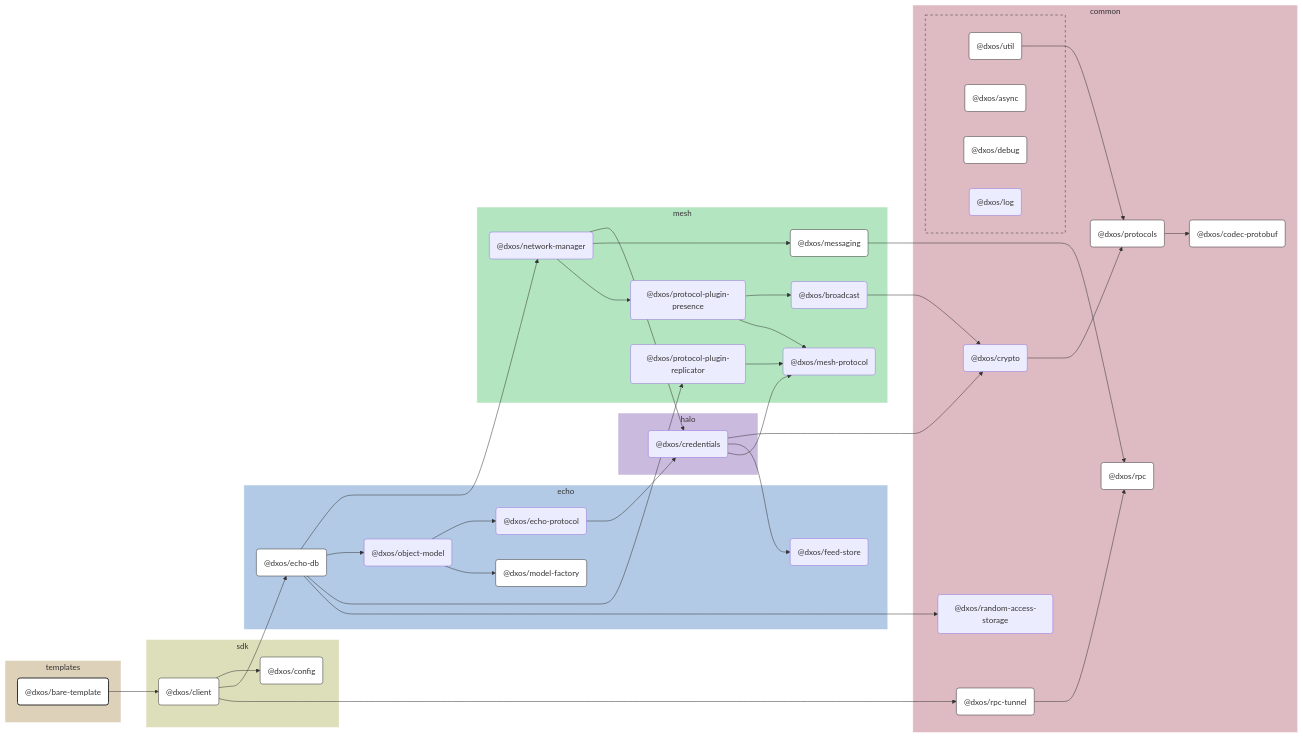
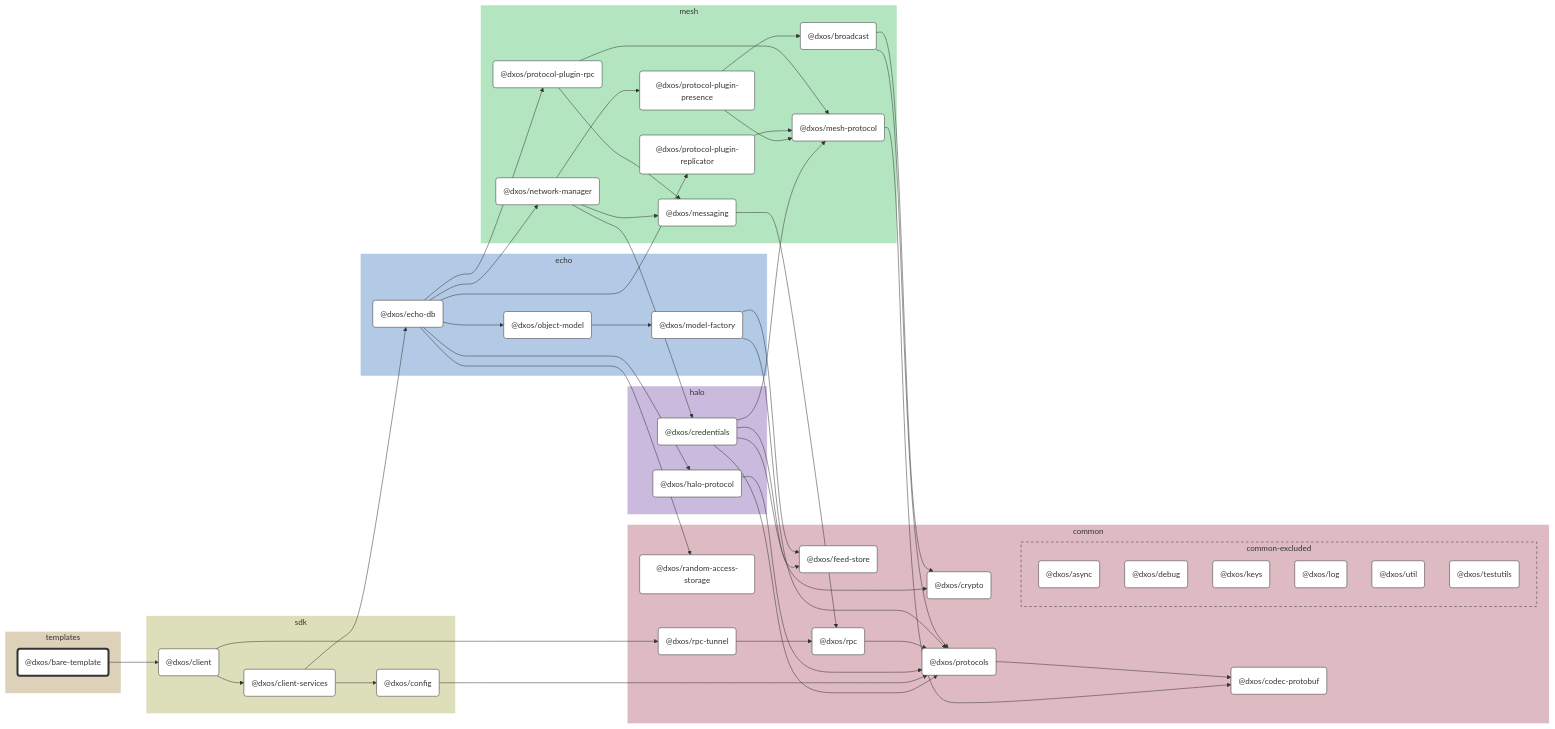
One commit to dxos/dxos changed the diagram in apps/templates/bare/docs/README.md. Above: the diagram before and after it, drawn with Mermaid. The commit also changed other lines of this file and 683 other files, not shown here.

````diff
--- a/apps/templates/bare/docs/README.md
+++ b/apps/templates/bare/docs/README.md
@@ -9,127 +9,133 @@
 
 flowchart LR
 
-%% Links
-dxos/bare-template --> dxos/client;
-dxos/broadcast --> dxos/crypto;
-dxos/client --> dxos/config;
-dxos/client --> dxos/echo-db;
-dxos/client --> dxos/rpc-tunnel;
-dxos/credentials --> dxos/crypto;
-dxos/credentials --> dxos/feed-store;
-dxos/credentials --> dxos/mesh-protocol;
-dxos/crypto --> dxos/protocols;
-dxos/echo-db --> dxos/network-manager;
-dxos/echo-db --> dxos/object-model;
-dxos/echo-db --> dxos/protocol-plugin-replicator;
-dxos/echo-db --> dxos/random-access-storage;
-dxos/echo-protocol --> dxos/credentials;
-dxos/messaging --> dxos/rpc;
-dxos/network-manager --> dxos/credentials;
-dxos/network-manager --> dxos/messaging;
-dxos/network-manager --> dxos/protocol-plugin-presence;
-dxos/object-model --> dxos/echo-protocol;
-dxos/object-model --> dxos/model-factory;
-dxos/protocol-plugin-presence --> dxos/broadcast;
-dxos/protocol-plugin-presence --> dxos/mesh-protocol;
-dxos/protocol-plugin-replicator --> dxos/mesh-protocol;
-dxos/protocols --> dxos/codec-protobuf;
-dxos/rpc-tunnel --> dxos/rpc;
-dxos/util --> dxos/protocols;
+%% Classes
+classDef def fill:#fff,stroke:#333,stroke-width:1px
+classDef root fill:#fff,stroke:#333,stroke-width:4px
 
-%% Sections
-subgraph templates
-  style templates fill:#ded1ba,stroke:#fff;
+%% Nodes
 
-  dxos/bare-template("@dxos/bare-template")
+subgraph templates [templates]
+  style templates fill:#ded1ba,stroke:#fff
+  dxos/bare-template("@dxos/bare-template"):::root
+  click dxos/bare-template "dxos/dxos/tree/main/apps/templates/bare/docs"
 end
 
-subgraph sdk
-  style sdk fill:#dddeba,stroke:#fff;
-
-  dxos/client("@dxos/client")
-  dxos/config("@dxos/config")
+subgraph sdk [sdk]
+  style sdk fill:#dddeba,stroke:#fff
+  dxos/client("@dxos/client"):::def
+  click dxos/client "dxos/dxos/tree/main/packages/sdk/client/docs"
+  dxos/client-services("@dxos/client-services"):::def
+  click dxos/client-services "dxos/dxos/tree/main/packages/sdk/client-services/docs"
+  dxos/config("@dxos/config"):::def
+  click dxos/config "dxos/dxos/tree/main/packages/sdk/config/docs"
 end
 
-subgraph common
-  style common fill:#debac2,stroke:#fff;
+subgraph common [common]
+  style common fill:#debac2,stroke:#fff
+  dxos/codec-protobuf("@dxos/codec-protobuf"):::def
+  click dxos/codec-protobuf "dxos/dxos/tree/main/packages/common/codec-protobuf/docs"
+  dxos/crypto("@dxos/crypto"):::def
+  click dxos/crypto "dxos/dxos/tree/main/packages/common/crypto/docs"
+  dxos/feed-store("@dxos/feed-store"):::def
+  click dxos/feed-store "dxos/dxos/tree/main/packages/common/feed-store/docs"
+  dxos/protocols("@dxos/protocols"):::def
+  click dxos/protocols "dxos/dxos/tree/main/packages/common/protocols/docs"
+  dxos/rpc("@dxos/rpc"):::def
+  click dxos/rpc "dxos/dxos/tree/main/packages/common/rpc/docs"
+  dxos/random-access-storage("@dxos/random-access-storage"):::def
+  click dxos/random-access-storage "dxos/dxos/tree/main/packages/common/random-access-storage/docs"
+  dxos/rpc-tunnel("@dxos/rpc-tunnel"):::def
+  click dxos/rpc-tunnel "dxos/dxos/tree/main/packages/common/rpc-tunnel/docs"
 
-  dxos/codec-protobuf("@dxos/codec-protobuf")
-  dxos/crypto("@dxos/crypto")
-  dxos/protocols("@dxos/protocols")
-  dxos/random-access-storage("@dxos/random-access-storage")
-  dxos/rpc("@dxos/rpc")
-  dxos/rpc-tunnel("@dxos/rpc-tunnel")
-
-  subgraph common-excluded [ ]
-    style common-excluded fill:#debac2,stroke:#333,stroke-dasharray:5 5;
-
-    dxos/async("@dxos/async")
-    dxos/debug("@dxos/debug")
-    dxos/log("@dxos/log")
-    dxos/util("@dxos/util")
+  subgraph common-excluded [common-excluded]
+    style common-excluded fill:#debac2,stroke:#333,stroke-dasharray:5 5
+    dxos/async("@dxos/async"):::def
+    click dxos/async "dxos/dxos/tree/main/packages/common/async/docs"
+    dxos/debug("@dxos/debug"):::def
+    click dxos/debug "dxos/dxos/tree/main/packages/common/debug/docs"
+    dxos/keys("@dxos/keys"):::def
+    click dxos/keys "dxos/dxos/tree/main/packages/common/keys/docs"
+    dxos/log("@dxos/log"):::def
+    click dxos/log "dxos/dxos/tree/main/packages/common/log/docs"
+    dxos/util("@dxos/util"):::def
+    click dxos/util "dxos/dxos/tree/main/packages/common/util/docs"
+    dxos/testutils("@dxos/testutils"):::def
+    click dxos/testutils "dxos/dxos/tree/main/packages/common/testutils/docs"
   end
 end
 
-subgraph echo
-  style echo fill:#b3cae6,stroke:#fff;
-
-  dxos/echo-db("@dxos/echo-db")
-  dxos/echo-protocol("@dxos/echo-protocol")
-  dxos/feed-store("@dxos/feed-store")
-  dxos/model-factory("@dxos/model-factory")
-  dxos/object-model("@dxos/object-model")
+subgraph halo [halo]
+  style halo fill:#cabade,stroke:#fff
+  dxos/credentials("@dxos/credentials"):::def
+  click dxos/credentials "dxos/dxos/tree/main/packages/halo/credentials/docs"
+  dxos/halo-protocol("@dxos/halo-protocol"):::def
+  click dxos/halo-protocol "dxos/dxos/tree/main/packages/halo/halo-protocol/docs"
 end
 
-subgraph halo
-  style halo fill:#cabade,stroke:#fff;
-
-  dxos/credentials("@dxos/credentials")
+subgraph mesh [mesh]
+  style mesh fill:#b3e6c0,stroke:#fff
+  dxos/mesh-protocol("@dxos/mesh-protocol"):::def
+  click dxos/mesh-protocol "dxos/dxos/tree/main/packages/mesh/mesh-protocol/docs"
+  dxos/messaging("@dxos/messaging"):::def
+  click dxos/messaging "dxos/dxos/tree/main/packages/mesh/messaging/docs"
+  dxos/network-manager("@dxos/network-manager"):::def
+  click dxos/network-manager "dxos/dxos/tree/main/packages/mesh/network-manager/docs"
+  dxos/protocol-plugin-presence("@dxos/protocol-plugin-presence"):::def
+  click dxos/protocol-plugin-presence "dxos/dxos/tree/main/packages/mesh/protocol-plugin-presence/docs"
+  dxos/broadcast("@dxos/broadcast"):::def
+  click dxos/broadcast "dxos/dxos/tree/main/packages/mesh/broadcast/docs"
+  dxos/protocol-plugin-replicator("@dxos/protocol-plugin-replicator"):::def
+  click dxos/protocol-plugin-replicator "dxos/dxos/tree/main/packages/mesh/protocol-plugin-replicator/docs"
+  dxos/protocol-plugin-rpc("@dxos/protocol-plugin-rpc"):::def
+  click dxos/protocol-plugin-rpc "dxos/dxos/tree/main/packages/mesh/protocol-plugin-rpc/docs"
 end
 
-subgraph mesh
-  style mesh fill:#b3e6c0,stroke:#fff;
-
-  dxos/broadcast("@dxos/broadcast")
-  dxos/mesh-protocol("@dxos/mesh-protocol")
-  dxos/messaging("@dxos/messaging")
-  dxos/network-manager("@dxos/network-manager")
-  dxos/protocol-plugin-presence("@dxos/protocol-plugin-presence")
-  dxos/protocol-plugin-replicator("@dxos/protocol-plugin-replicator")
+subgraph echo [echo]
+  style echo fill:#b3cae6,stroke:#fff
+  dxos/echo-db("@dxos/echo-db"):::def
+  click dxos/echo-db "dxos/dxos/tree/main/packages/echo/echo-db/docs"
+  dxos/model-factory("@dxos/model-factory"):::def
+  click dxos/model-factory "dxos/dxos/tree/main/packages/echo/model-factory/docs"
+  dxos/object-model("@dxos/object-model"):::def
+  click dxos/object-model "dxos/dxos/tree/main/packages/echo/object-model/docs"
 end
 
-
-%% Hyperlinks
-click dxos/async "dxos/dxos/tree/main/packages/common/async/docs";
-click dxos/client "dxos/dxos/tree/main/packages/sdk/client/docs";
-click dxos/codec-protobuf "dxos/dxos/tree/main/packages/common/codec-protobuf/docs";
-click dxos/config "dxos/dxos/tree/main/packages/sdk/config/docs";
-click dxos/debug "dxos/dxos/tree/main/packages/common/debug/docs";
-click dxos/echo-db "dxos/dxos/tree/main/packages/echo/echo-db/docs";
-click dxos/messaging "dxos/dxos/tree/main/packages/mesh/messaging/docs";
-click dxos/model-factory "dxos/dxos/tree/main/packages/echo/model-factory/docs";
-click dxos/protocols "dxos/dxos/tree/main/packages/common/protocols/docs";
-click dxos/rpc "dxos/dxos/tree/main/packages/common/rpc/docs";
-click dxos/rpc-tunnel "dxos/dxos/tree/main/packages/common/rpc-tunnel/docs";
-click dxos/util "dxos/dxos/tree/main/packages/common/util/docs";
-
-%% Styles
-classDef rootNode fill:#fff,stroke:#333,stroke-width:2px
-classDef defaultNode fill:#fff,stroke:#333,stroke-width:1px
+%% Links
 linkStyle default stroke:#333,stroke-width:1px
-
-dxos/bare-template:::rootNode
-
-dxos/async:::defaultNode
-dxos/client:::defaultNode
-dxos/codec-protobuf:::defaultNode
-dxos/config:::defaultNode
-dxos/debug:::defaultNode
-dxos/echo-db:::defaultNode
-dxos/messaging:::defaultNode
-dxos/model-factory:::defaultNode
-dxos/protocols:::defaultNode
-dxos/rpc:::defaultNode
-dxos/rpc-tunnel:::defaultNode
-dxos/util:::defaultNode
+dxos/bare-template --> dxos/client
+dxos/client --> dxos/client-services
+dxos/credentials --> dxos/crypto
+dxos/credentials --> dxos/feed-store
+dxos/credentials --> dxos/mesh-protocol
+dxos/mesh-protocol --> dxos/codec-protobuf
+dxos/credentials --> dxos/protocols
+dxos/protocols --> dxos/codec-protobuf
+dxos/client-services --> dxos/config
+dxos/config --> dxos/protocols
+dxos/client-services --> dxos/echo-db
+dxos/echo-db --> dxos/halo-protocol
+dxos/halo-protocol --> dxos/protocols
+dxos/messaging --> dxos/rpc
+dxos/rpc --> dxos/protocols
+dxos/model-factory --> dxos/feed-store
+dxos/model-factory --> dxos/protocols
+dxos/echo-db --> dxos/network-manager
+dxos/network-manager --> dxos/credentials
+dxos/network-manager --> dxos/messaging
+dxos/network-manager --> dxos/protocol-plugin-presence
+dxos/protocol-plugin-presence --> dxos/broadcast
+dxos/broadcast --> dxos/crypto
+dxos/broadcast --> dxos/protocols
+dxos/protocol-plugin-presence --> dxos/mesh-protocol
+dxos/echo-db --> dxos/object-model
+dxos/object-model --> dxos/model-factory
+dxos/echo-db --> dxos/protocol-plugin-replicator
+dxos/protocol-plugin-replicator --> dxos/mesh-protocol
+dxos/echo-db --> dxos/random-access-storage
+dxos/echo-db --> dxos/protocol-plugin-rpc
+dxos/protocol-plugin-rpc --> dxos/messaging
+dxos/protocol-plugin-rpc --> dxos/mesh-protocol
+dxos/client --> dxos/rpc-tunnel
+dxos/rpc-tunnel --> dxos/rpc
 ```
````
